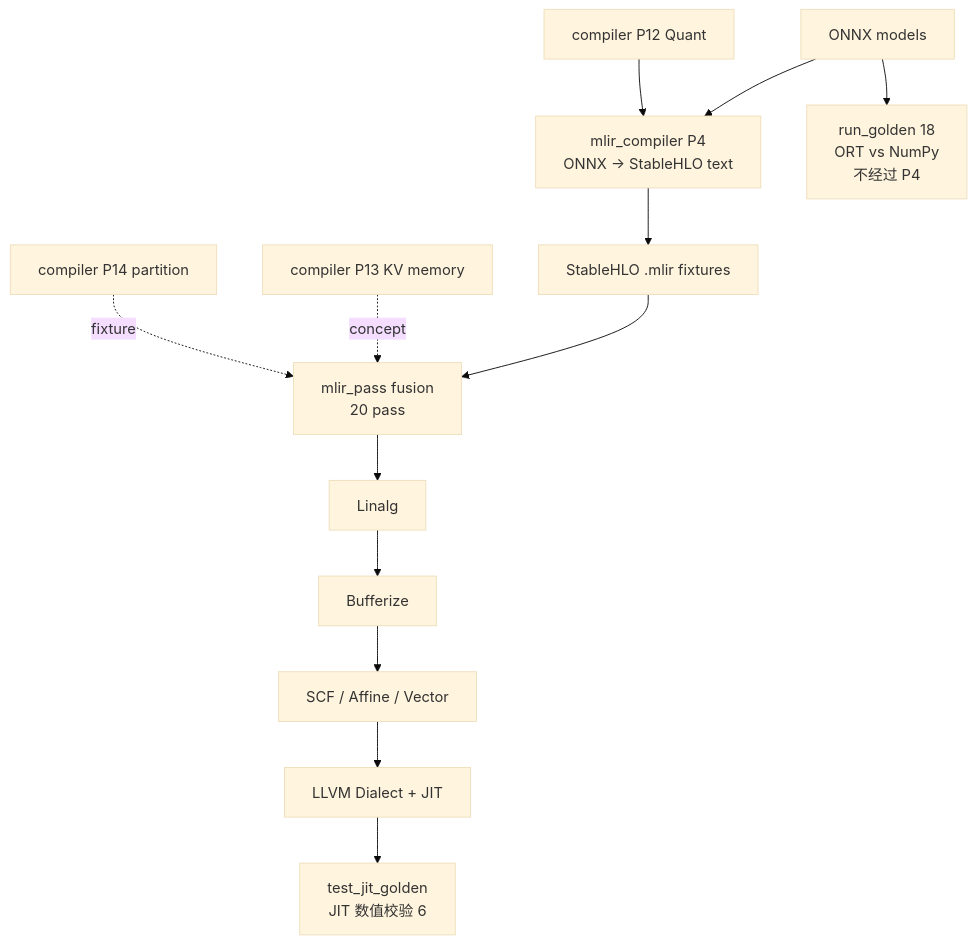
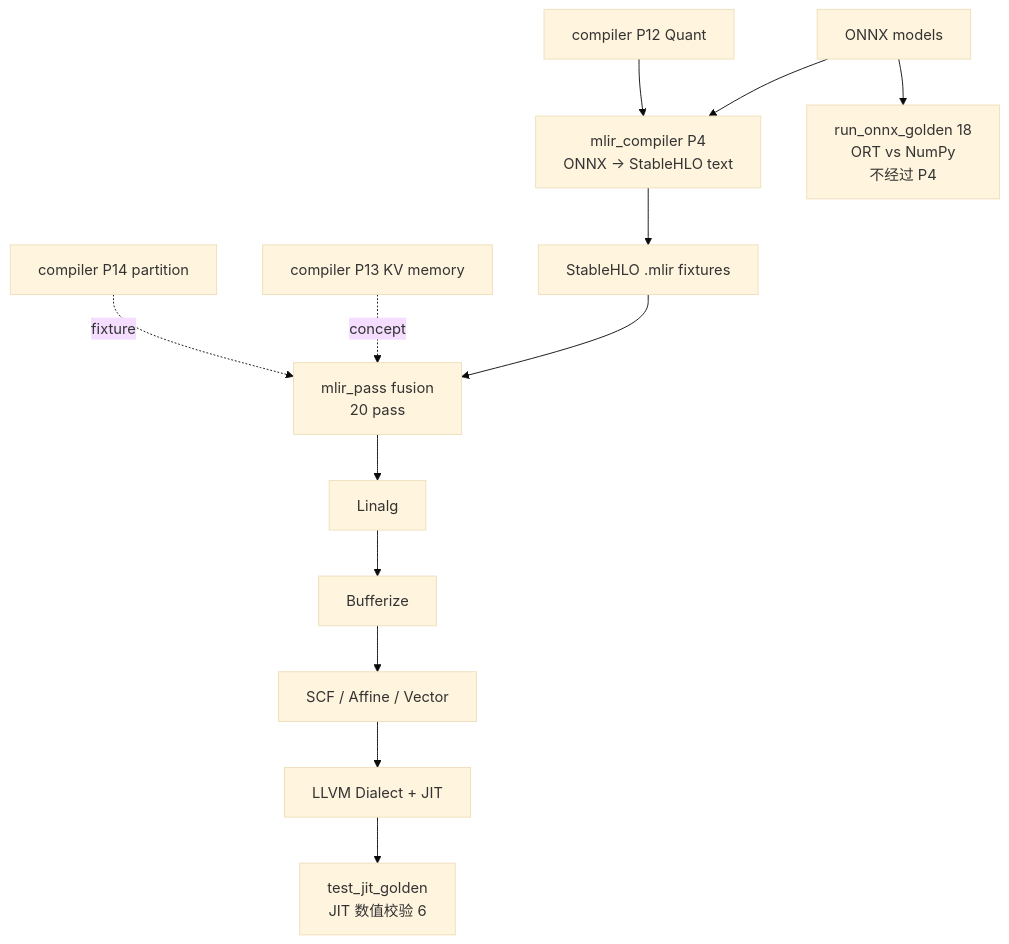
The diagram in src/mlir/gpu/docs/两仓库学习路径与代码导读.md (xdlhzdh/mlir_compiler), drawn with Mermaid (base theme) before and after one commit. The commit also changed other lines of this file and 8 other files, not shown here.

````diff
--- a/src/mlir/gpu/docs/两仓库学习路径与代码导读.md
+++ b/src/mlir/gpu/docs/两仓库学习路径与代码导读.md
@@ -73,15 +73,15 @@
 ```mermaid
 flowchart TB
   ONNX[ONNX models] --> P4[mlir_compiler P4\nONNX -> StableHLO text]
-  ONNX --> SEM[run_golden 18\nORT vs NumPy\n不经过 P4]
+  ONNX --> SEM[run_onnx_golden 18\nORT vs NumPy\n不经过 P4]
   P4 --> MLIR[StableHLO .mlir fixtures]
   MLIR --> FUS[mlir_pass fusion\n20 pass]
   FUS --> LIN[Linalg]
   LIN --> BUF[Bufferize]
   BUF --> LOOP[SCF / Affine / Vector]
   LOOP --> LLVM[LLVM Dialect + JIT]
   LLVM --> JIT[test_jit_golden\nJIT 数值校验 6]
   P12[compiler P12 Quant] --> P4
   P13[compiler P13 KV memory] -. concept .-> FUS
   P14[compiler P14 partition] -. fixture .-> FUS
 ```
````
